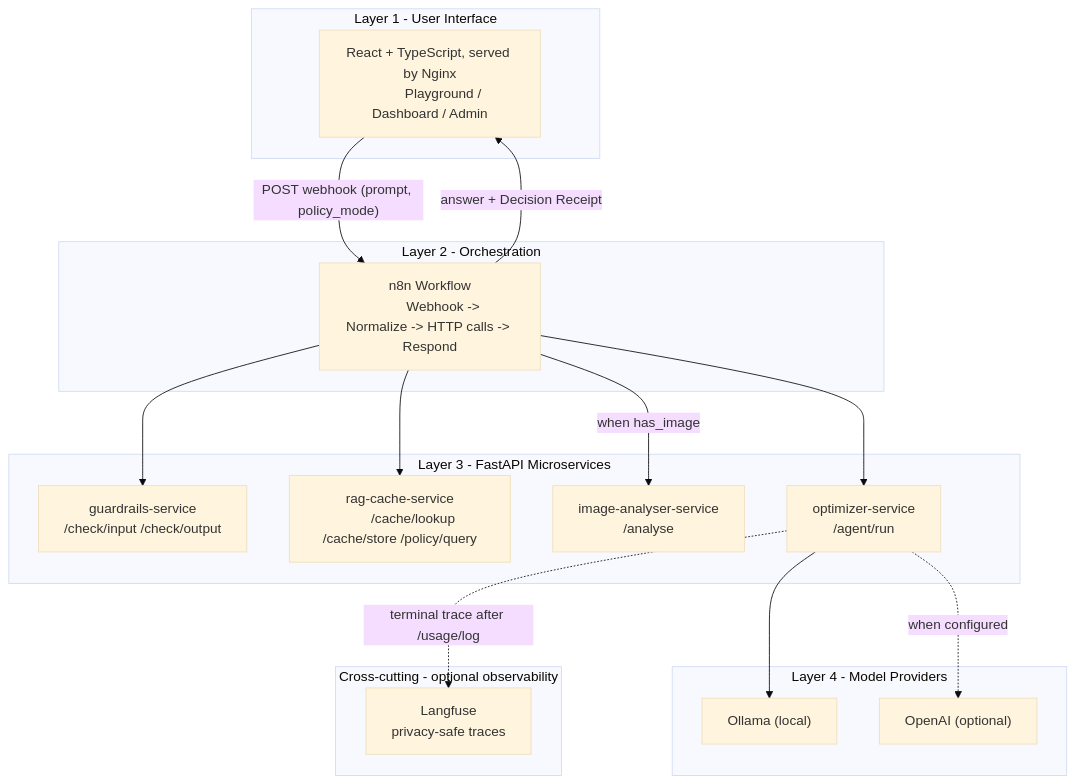
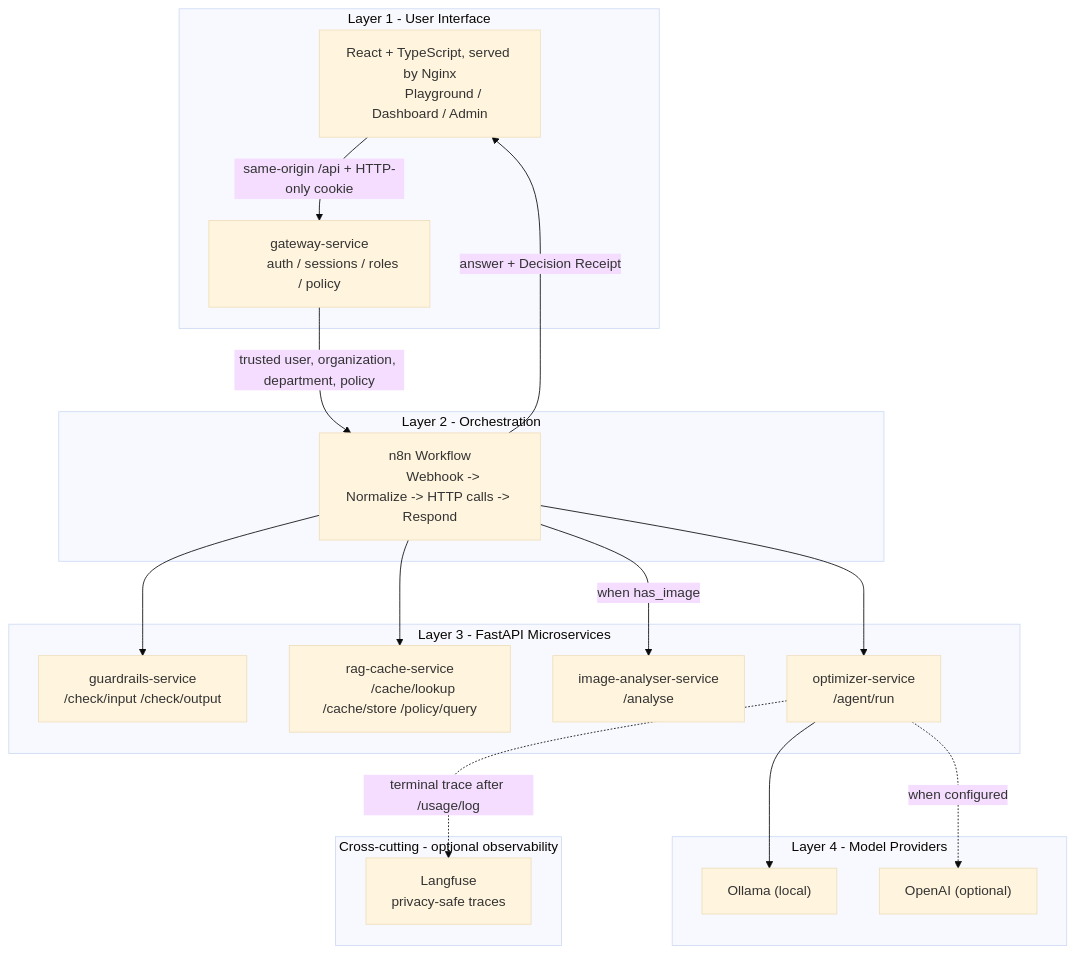
Before and after one commit to tomeryoel/tokenwise: the first of 5 diagrams in docs/architecture.md, drawn with Mermaid (base theme). The commit also changed other lines of this file and 5 other files, not shown here.

Commit message:
docs(security): document private multi-user architecture

````diff
--- a/docs/architecture.md
+++ b/docs/architecture.md
@@ -10,43 +10,46 @@
 ```mermaid
 flowchart TB
     subgraph L1 [Layer 1 - User Interface]
         UI["React + TypeScript, served by Nginx
         Playground / Dashboard / Admin"]
+        GW["gateway-service
+        auth / sessions / roles / policy"]
     end
 
     subgraph L2 [Layer 2 - Orchestration]
         N8N["n8n Workflow
         Webhook -> Normalize -> HTTP calls -> Respond"]
     end
 
     subgraph L3 [Layer 3 - FastAPI Microservices]
         GR["guardrails-service
         /check/input /check/output"]
         RAG["rag-cache-service
         /cache/lookup /cache/store /policy/query"]
         IMG["image-analyser-service
         /analyse"]
         OPT["optimizer-service
         /agent/run"]
     end
 
     subgraph L4 [Layer 4 - Model Providers]
         OLLAMA["Ollama (local)"]
         OPENAI["OpenAI (optional)"]
     end
 
     subgraph X [Cross-cutting - optional observability]
         LF["Langfuse
         privacy-safe traces"]
     end
 
-    UI -->|"POST webhook (prompt, policy_mode)"| N8N
+    UI -->|"same-origin /api + HTTP-only cookie"| GW
+    GW -->|"trusted user, organization, department, policy"| N8N
     N8N --> GR
     N8N --> RAG
     N8N --> OPT
     N8N -->|"when has_image"| IMG
     OPT --> OLLAMA
     OPT -. "when configured" .-> OPENAI
     N8N -->|"answer + Decision Receipt"| UI
     OPT -. "terminal trace after /usage/log" .-> LF
 ```
````
